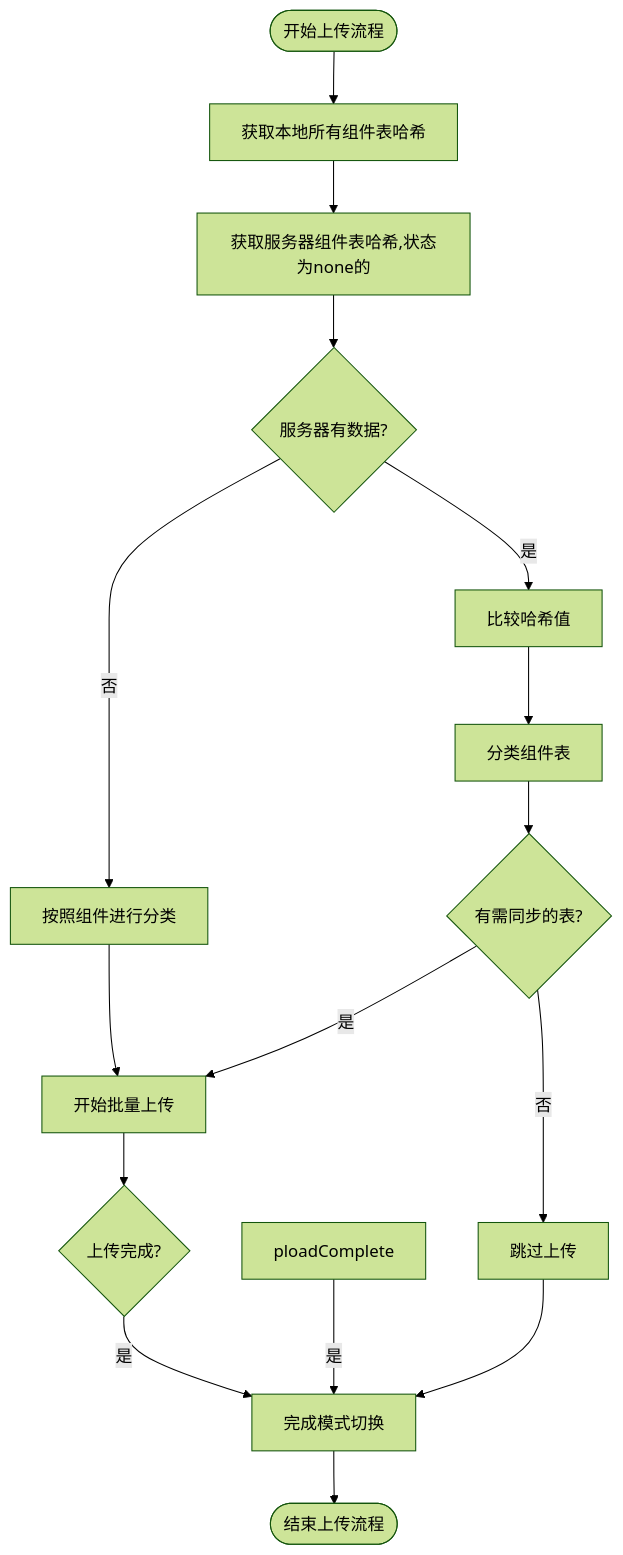
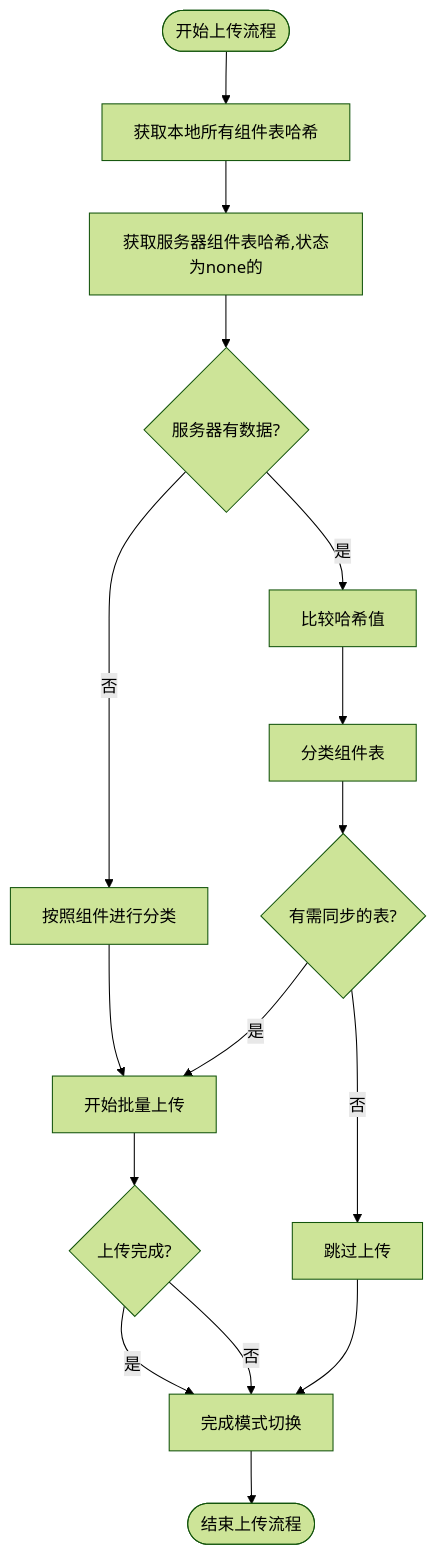
The diagram in all/未命名-50.md (yingjianzh/iodraw-files), drawn with Mermaid (forest theme) before and after one commit.

Commit message:
2025-05-08 17:16:00 update

````diff
--- a/all/未命名-50.md
+++ b/all/未命名-50.md
@@ -1,27 +1,28 @@
 ```mermaid
 flowchart TD
     Start([开始上传流程]) --> CollectLocalHashes[获取本地所有组件表哈希]
     CollectLocalHashes --> FetchServerHashes[获取服务器组件表哈希,状态为none的]
     
     FetchServerHashes --> ServerHasData{服务器有数据?}
     
     ServerHasData -->|是| CompareHashes[比较哈希值]
     ServerHasData -->|否| ClassifyTables2[按照组件进行分类]
     ClassifyTables2 --> StartBatching[开始批量上传]
     
     CompareHashes --> ClassifyTables[分类组件表]
     ClassifyTables --> HasChanges{有需同步的表?}
     
     HasChanges -->|否| SkipUpload[跳过上传]
     HasChanges -->|是| StartBatching
     
     StartBatching --> UploadComplete{上传完成?}
     UploadComplete -->|是| FinalizeMode[完成模式切换]
-    ploadComplete -->|是| FinalizeMode[完成模式切换]
+    
+    UploadComplete -->|否| FinalizeMode[完成模式切换]
 
     
     
     FinalizeMode --> End([结束上传流程])
     
     SkipUpload --> FinalizeMode
 ```
````
